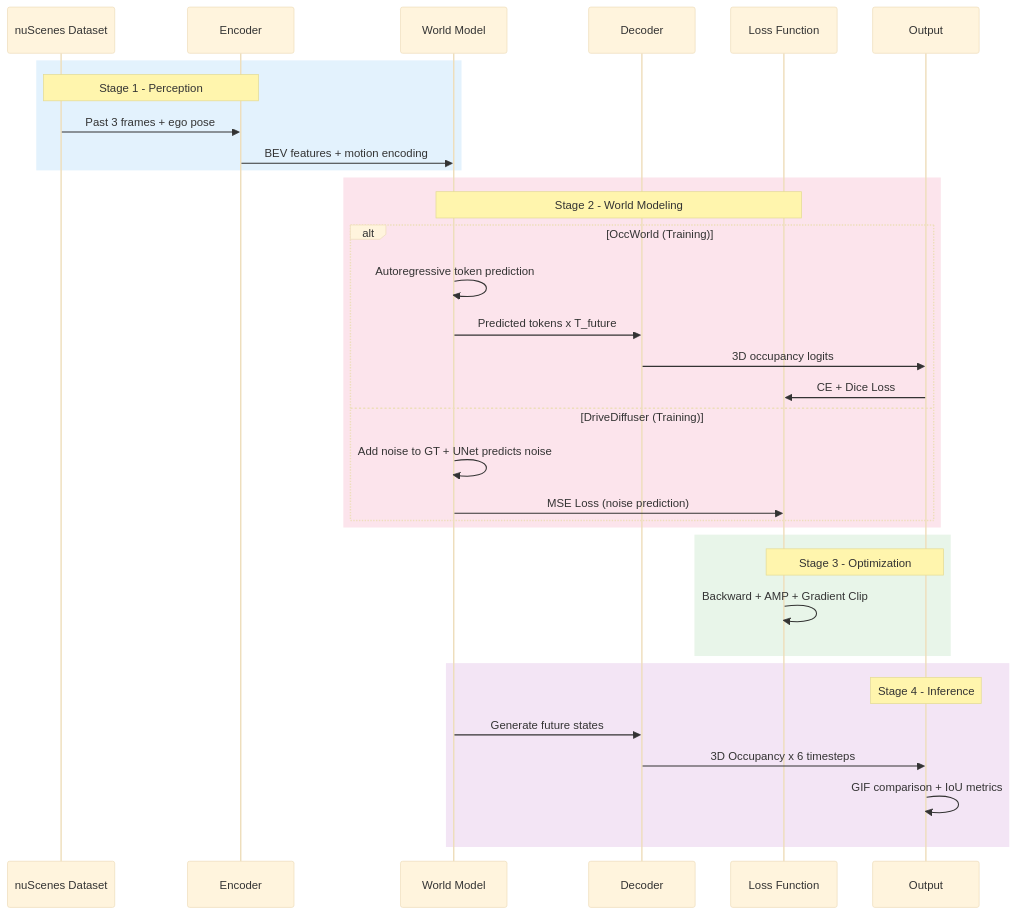
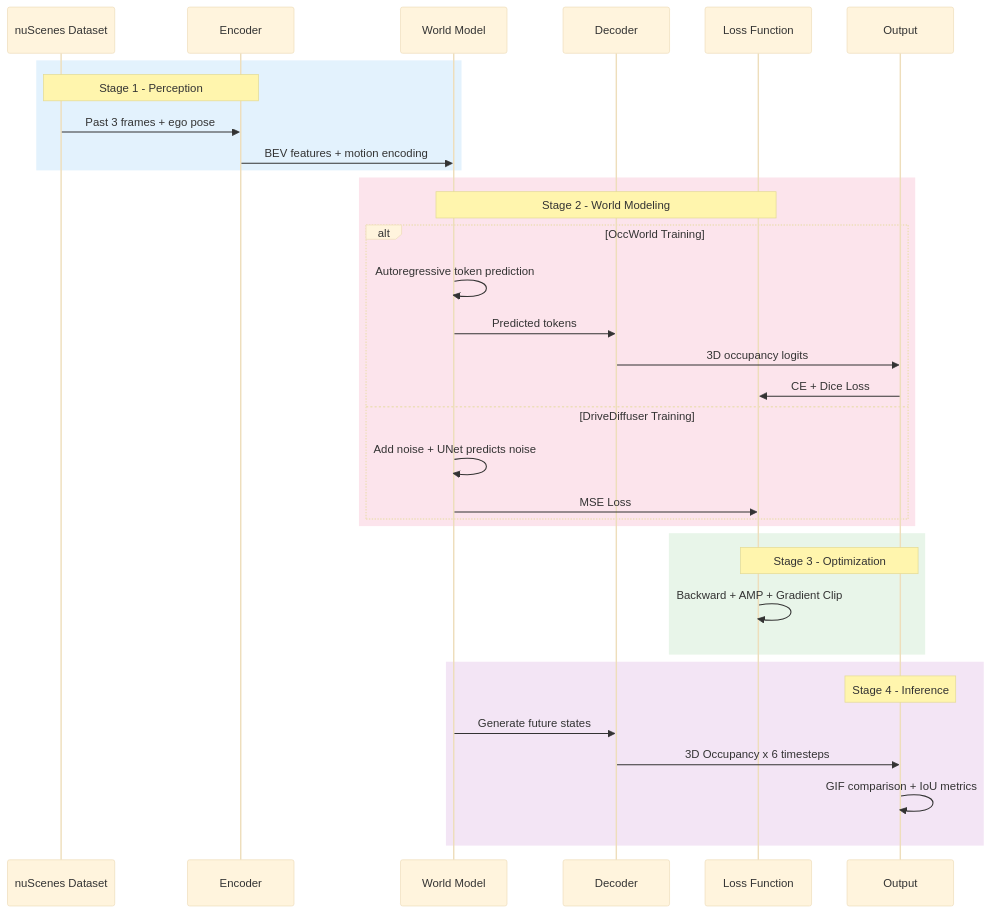
One commit to cenovozz/DriveWorld changed the third of 3 diagrams in README.md. Above: the diagram before and after it, drawn with Mermaid (base theme). The commit also changed other lines of this file, not shown here.

Commit message:
Complete README rewrite: clean architecture diagrams, remove old content

````diff
--- a/README.md
+++ b/README.md
@@ -106,36 +106,36 @@
 ```mermaid
 sequenceDiagram
     participant Data as nuScenes Dataset
     participant Enc as Encoder
     participant WM as World Model
     participant Dec as Decoder
     participant Loss as Loss Function
     participant Out as Output
     rect rgb(227, 242, 253)
         Note over Data,Enc: Stage 1 - Perception
         Data->>Enc: Past 3 frames + ego pose
         Enc->>WM: BEV features + motion encoding
     end
     rect rgb(252, 228, 236)
         Note over WM,Loss: Stage 2 - World Modeling
-        alt OccWorld (Training)
+        alt OccWorld Training
             WM->>WM: Autoregressive token prediction
-            WM->>Dec: Predicted tokens x T_future
+            WM->>Dec: Predicted tokens
             Dec->>Out: 3D occupancy logits
             Out->>Loss: CE + Dice Loss
-        else DriveDiffuser (Training)
-            WM->>WM: Add noise to GT + UNet predicts noise
-            WM->>Loss: MSE Loss (noise prediction)
+        else DriveDiffuser Training
+            WM->>WM: Add noise + UNet predicts noise
+            WM->>Loss: MSE Loss
         end
     end
     rect rgb(232, 245, 233)
         Note over Loss,Out: Stage 3 - Optimization
         Loss->>Loss: Backward + AMP + Gradient Clip
     end
     rect rgb(243, 229, 245)
         Note over Out: Stage 4 - Inference
         WM->>Dec: Generate future states
         Dec->>Out: 3D Occupancy x 6 timesteps
         Out->>Out: GIF comparison + IoU metrics
     end
 ```
````
